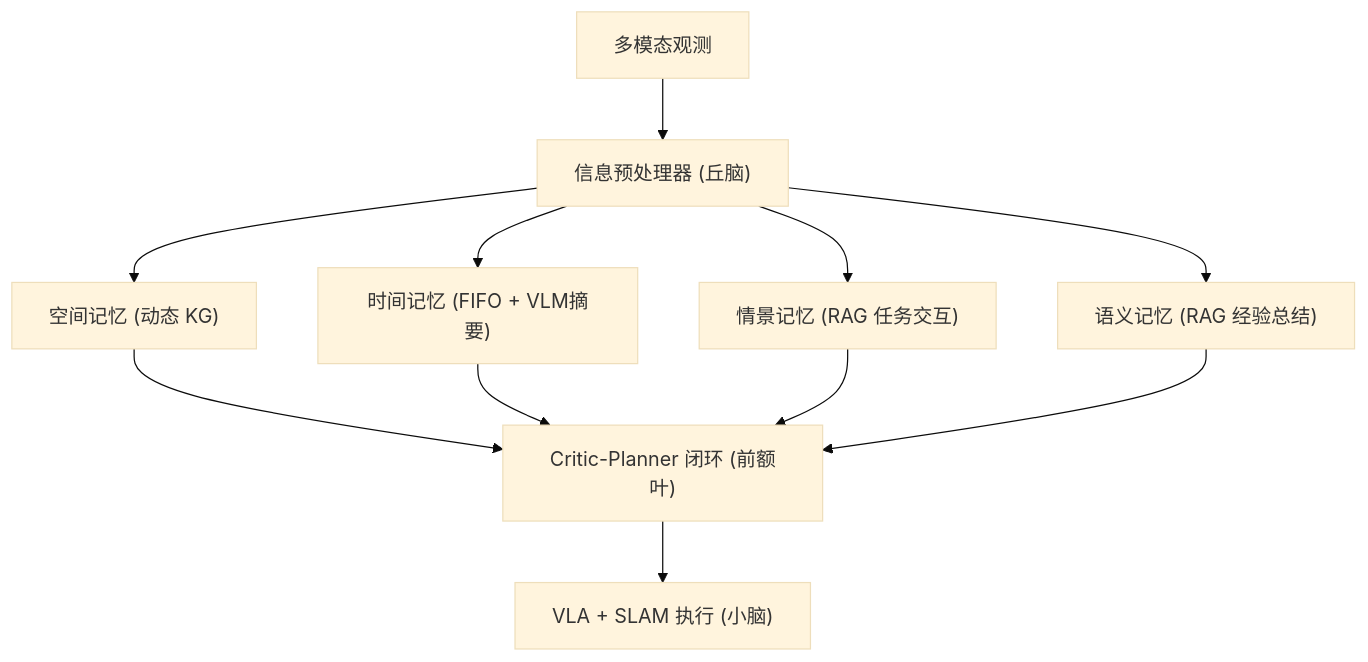
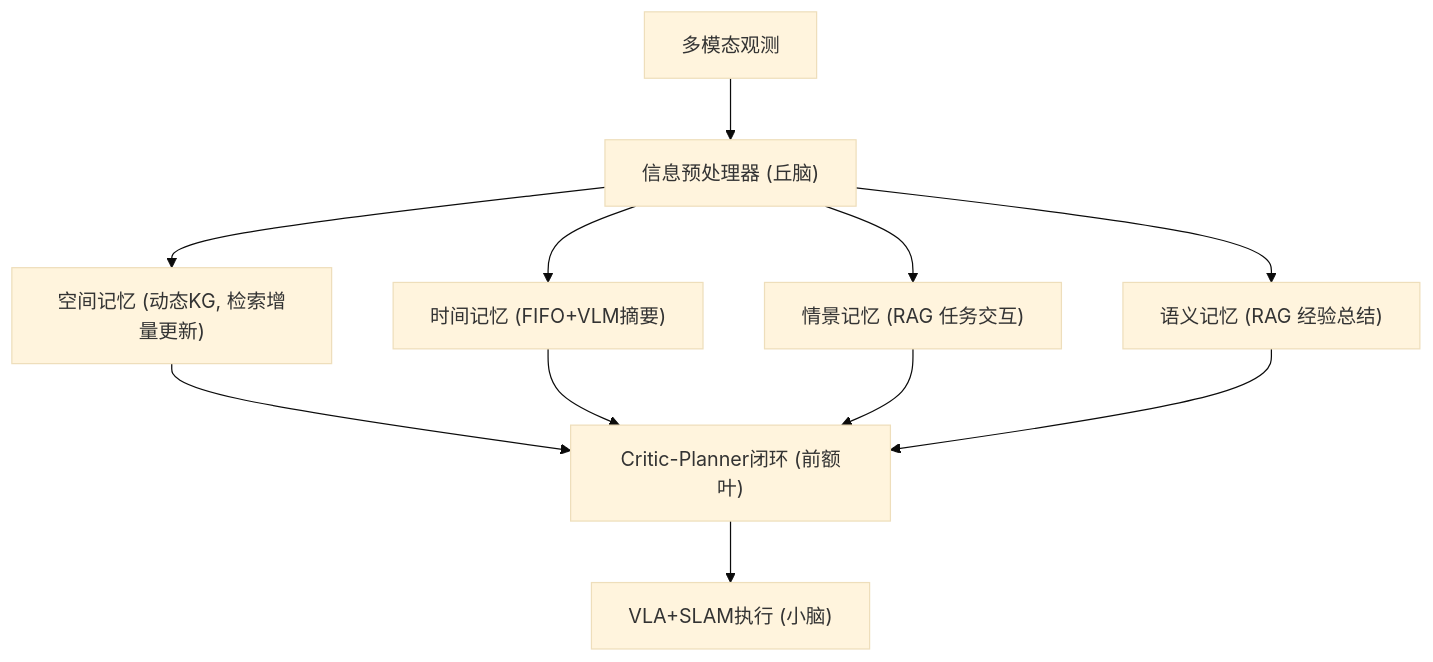
One commit to luohu-arch/physical_intelligence_study changed the diagram in notes/memory/robomemory.md. Above: the diagram before and after it, drawn with Mermaid (base theme). The commit also changed other lines of this file and 6 other files, not shown here.

````diff
--- a/notes/memory/robomemory.md
+++ b/notes/memory/robomemory.md
@@ -22,13 +23,13 @@
 ```mermaid
 graph TD
     OBS["多模态观测"] --> PREPROC["信息预处理器 (丘脑)"]
-    PREPROC --> KG["空间记忆 (动态 KG)"]
-    PREPROC --> TEMP["时间记忆 (FIFO + VLM摘要)"]
+    PREPROC --> KG["空间记忆 (动态KG, 检索增量更新)"]
+    PREPROC --> TEMP["时间记忆 (FIFO+VLM摘要)"]
     PREPROC --> EPIS["情景记忆 (RAG 任务交互)"]
     PREPROC --> SEM["语义记忆 (RAG 经验总结)"]
-    KG --> PLANNER["Critic-Planner 闭环 (前额叶)"]
+    KG --> PLANNER["Critic-Planner闭环 (前额叶)"]
     TEMP --> PLANNER
     EPIS --> PLANNER
     SEM --> PLANNER
-    PLANNER --> EXEC["VLA + SLAM 执行 (小脑)"]
+    PLANNER --> EXEC["VLA+SLAM执行 (小脑)"]
 ```
````
